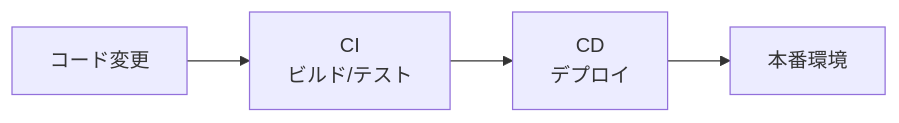
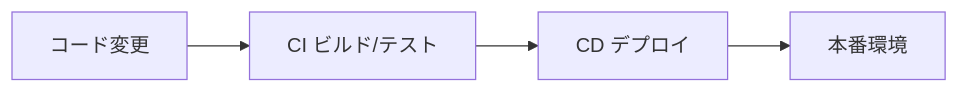
One commit to x86-unix/docs changed diagram 17 of 20 in training/basics.md. Above: the diagram before and after it, drawn with Mermaid. The commit also changed other lines of this file, not shown here.

````diff
--- a/training/basics.md
+++ b/training/basics.md
@@ -1904,6 +724,6 @@
 ```mermaid
 graph LR
-    Code[コード変更] --> CI[CI<br/>ビルド/テスト]
-    CI --> CD[CD<br/>デプロイ]
+    Code[コード変更] --> CI["CI ビルド/テスト"]
+    CI --> CD["CD デプロイ"]
     CD --> Prod[本番環境]
 ```
````
